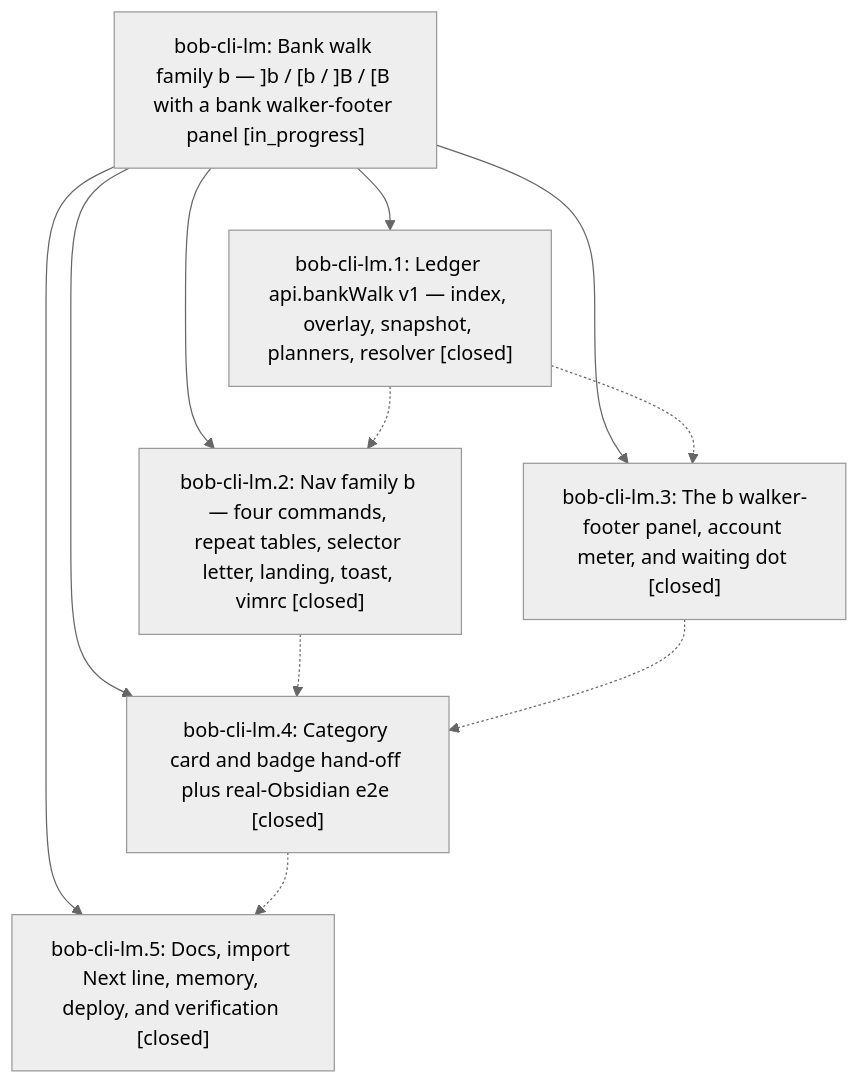
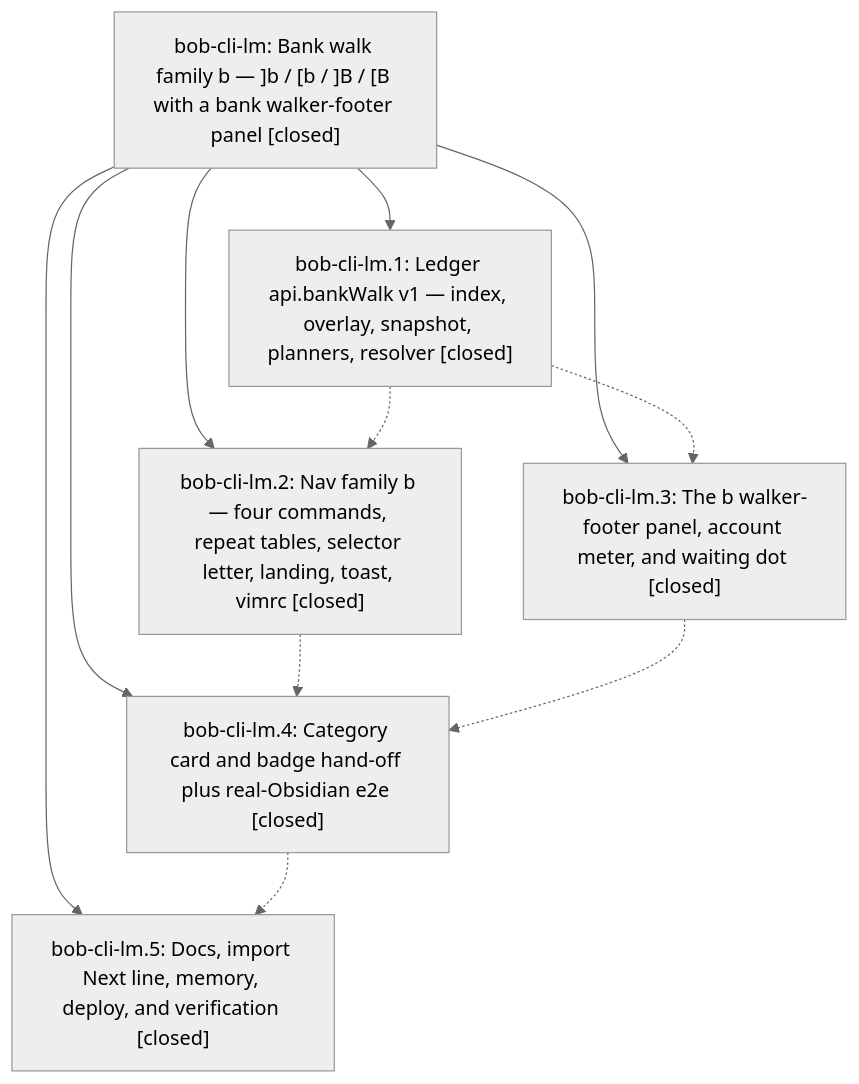
Before and after one commit to bobs-org/bob-cli--beads: the diagram in pages/bob-cli-lm/README.md, drawn with Mermaid (neutral theme). The commit also changed other lines of this file and 1 other file, not shown here.

First line of the commit message:
chore(beads): sync bead state and pages for bob-cli-lm

````diff
--- a/pages/bob-cli-lm/README.md
+++ b/pages/bob-cli-lm/README.md
@@ -40,19 +68,19 @@
 ```mermaid
 flowchart TD
-    n0["bob-cli-lm: Bank walk family b — ]b / [b / ]B / [B with a bank walker-footer panel [in_progress]"]
+    n0["bob-cli-lm: Bank walk family b — ]b / [b / ]B / [B with a bank walker-footer panel [closed]"]
     n1["bob-cli-lm.1: Ledger api.bankWalk v1 — index, overlay, snapshot, planners, resolver [closed]"]
     n2["bob-cli-lm.2: Nav family b — four commands, repeat tables, selector letter, landing, toast, vimrc [closed]"]
     n3["bob-cli-lm.3: The b walker-footer panel, account meter, and waiting dot [closed]"]
     n4["bob-cli-lm.4: Category card and badge hand-off plus real-Obsidian e2e [closed]"]
     n5["bob-cli-lm.5: Docs, import Next line, memory, deploy, and verification [closed]"]
     n0 --> n1
     n0 --> n2
     n0 --> n3
     n0 --> n4
     n0 --> n5
     n1 -.-> n2
     n1 -.-> n3
     n2 -.-> n4
     n3 -.-> n4
     n4 -.-> n5
 ```
````
